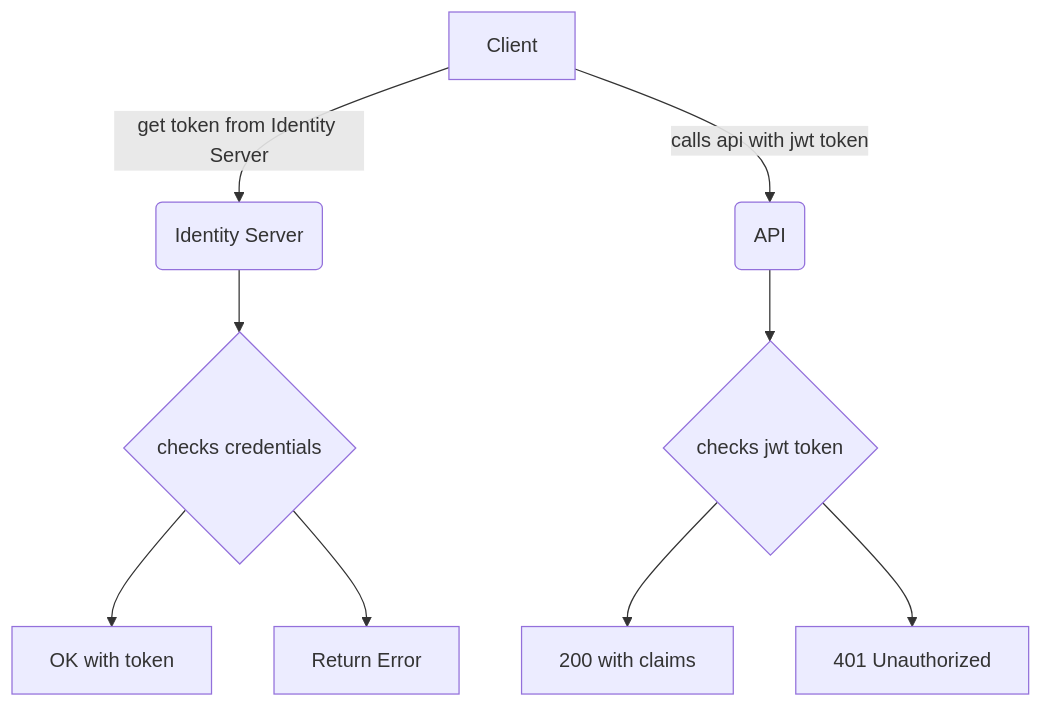
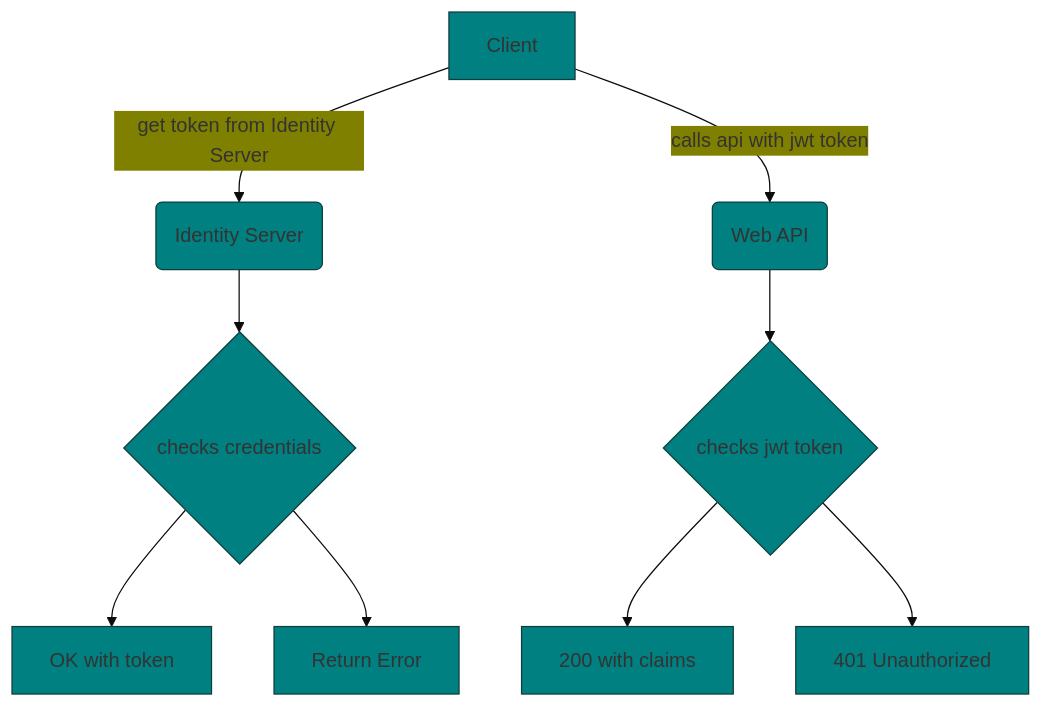
Before and after one commit to LiteObject/TestIdentityServer: the first of 2 diagrams in README.md, drawn with Mermaid.

Commit message:
Updated md file

````diff
--- a/README.md
+++ b/README.md
@@ -38,13 +38,13 @@
 ```mermaid
-
+%%{init: {'theme':'base','themeVariables': { 'primaryColor': '#008080'}}}%%
 graph TD
     A[Client] -->|get token from Identity Server| B(Identity Server)
     B --> C{checks credentials}
     C -->D[OK with token] 
     C -->E[Return Error]
-    A[Client] -->|calls api with jwt token| F(API)
+    A[Client] -->|calls api with jwt token| F(Web API)
     F --> G{checks jwt token}
     G -->I[200 with claims]
     G -->J[401 Unauthorized]
 
 ```
````
